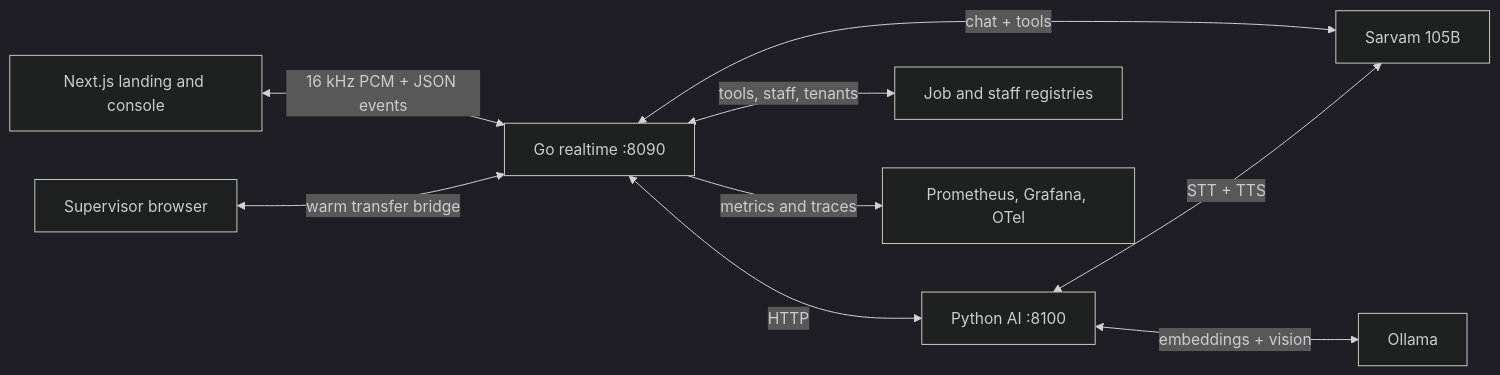
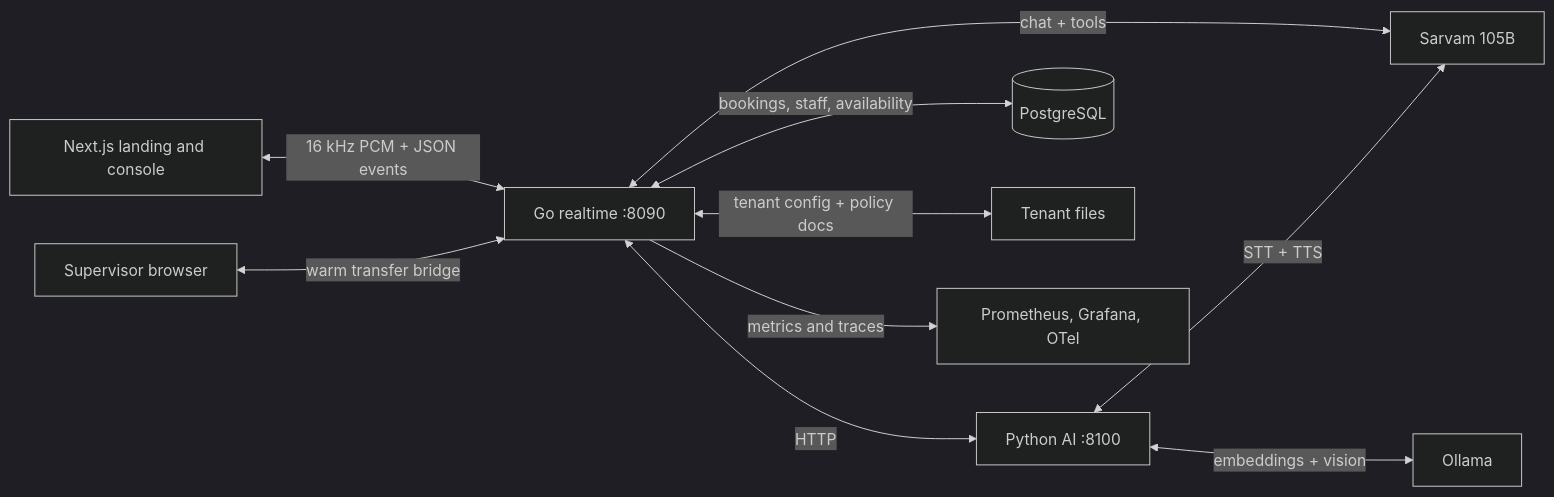
The diagram in README.md (chinmayyy01/switchboard), drawn with Mermaid (dark theme) before and after one commit. The commit also changed other lines of this file and 66 other files, not shown here.

````diff
--- a/README.md
+++ b/README.md
@@ -188,11 +210,12 @@
 ```mermaid
 flowchart LR
   Browser["Next.js landing and console"] <-->|"16 kHz PCM + JSON events"| Go["Go realtime :8090"]
   Go <-->|"HTTP"| AI["Python AI :8100"]
-  Go <-->|"tools, staff, tenants"| Jobs["Job and staff registries"]
+  Go <-->|"bookings, staff, availability"| PG[("PostgreSQL")]
+  Go <-->|"tenant config + policy docs"| Tenants["Tenant files"]
   Go <-->|"chat + tools"| Sarvam["Sarvam 105B"]
   AI <-->|"STT + TTS"| Sarvam
   AI <-->|"embeddings + vision"| Ollama["Ollama"]
   Go -->|"metrics and traces"| Obs["Prometheus, Grafana, OTel"]
   Supervisor["Supervisor browser"] <-->|"warm transfer bridge"| Go
 ```
````
